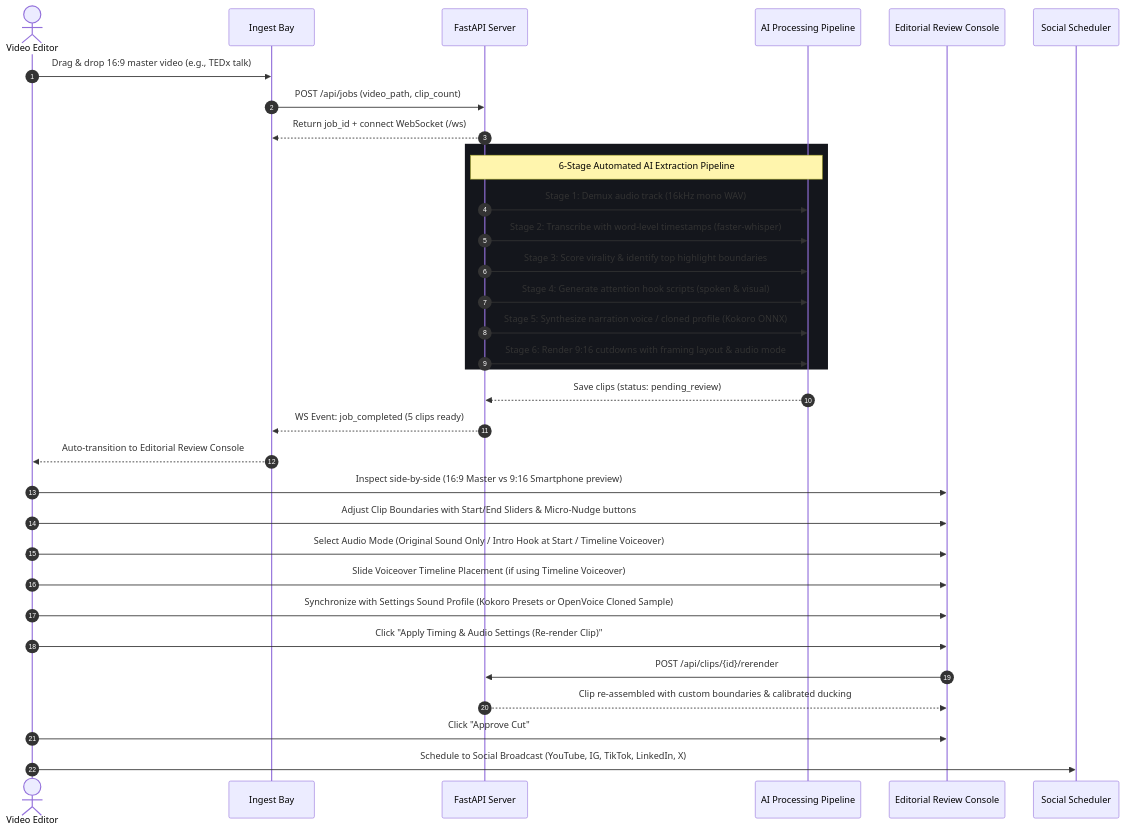
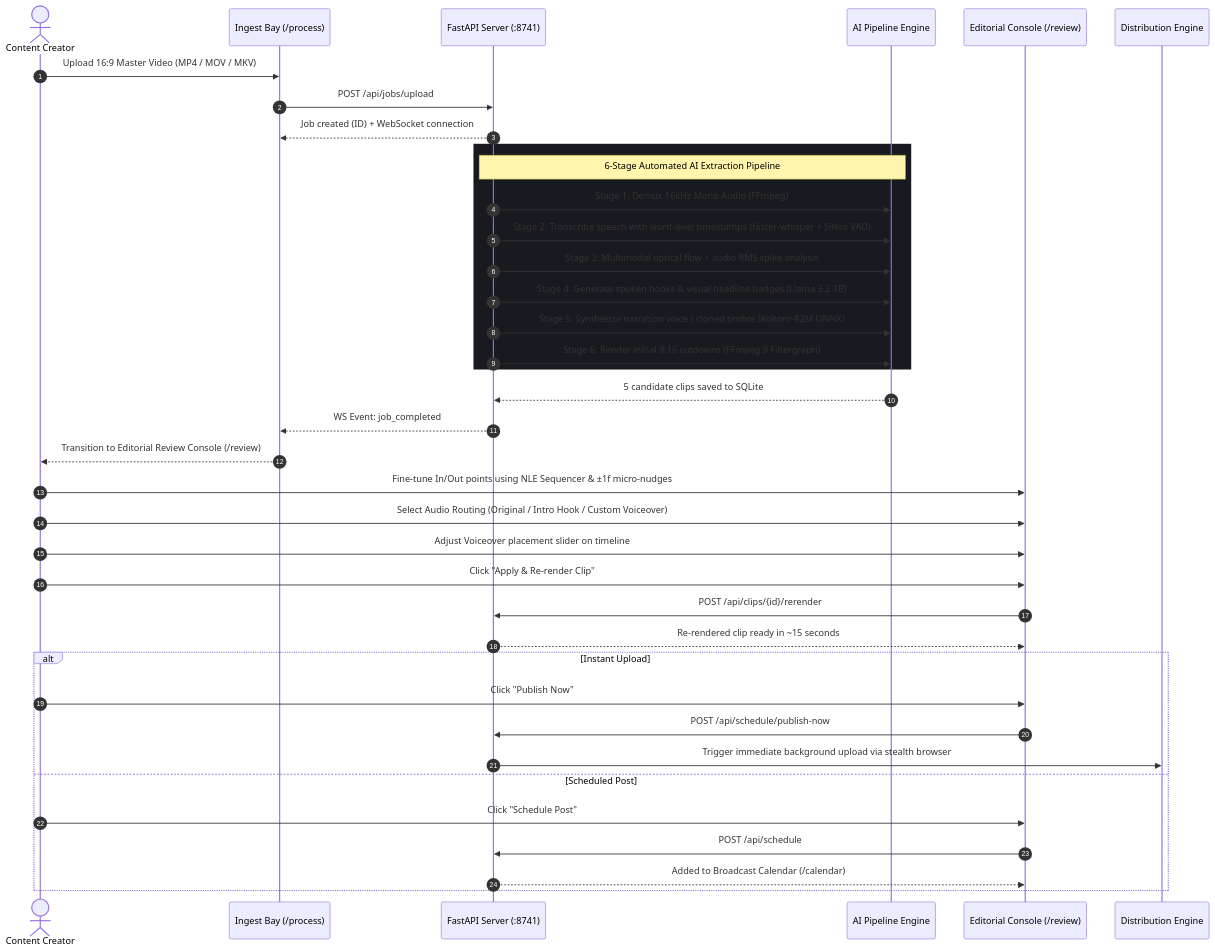
Before and after one commit to DivyamJoshi2005/Alfred: the second of 2 diagrams in README.md, drawn with Mermaid. The commit also changed other lines of this file and 1 other file, not shown here.

Commit message:
docs: comprehensive master update of project READMEs covering full architecture, models, NLE sequencer, publishing, and API

````diff
--- a/README.md
+++ b/README.md
@@ -178,40 +190,45 @@
 ```mermaid
 sequenceDiagram
     autonumber
-    actor User as Video Editor
-    participant Ingest as Ingest Bay
-    participant Backend as FastAPI Server
-    participant Pipeline as AI Processing Pipeline
-    participant Review as Editorial Review Console
-    participant Schedule as Social Scheduler
+    actor Creator as Content Creator
+    participant Ingest as Ingest Bay (/process)
+    participant Server as FastAPI Server (:8741)
+    participant Engine as AI Pipeline Engine
+    participant Deck as Editorial Console (/review)
+    participant Dist as Distribution Engine
 
-    User->>Ingest: Drag & drop 16:9 master video (e.g., TEDx talk)
-    Ingest->>Backend: POST /api/jobs (video_path, clip_count)
-    Backend-->>Ingest: Return job_id + connect WebSocket (/ws)
+    Creator->>Ingest: Upload 16:9 Master Video (MP4 / MOV / MKV)
+    Ingest->>Server: POST /api/jobs/upload
+    Server-->>Ingest: Job created (ID) + WebSocket connection
     
-    rect rgb(20, 22, 28)
-        note over Backend,Pipeline: 6-Stage Automated AI Extraction Pipeline
-        Backend->>Pipeline: Stage 1: Demux audio track (16kHz mono WAV)
-        Backend->>Pipeline: Stage 2: Transcribe with word-level timestamps (faster-whisper)
-        Backend->>Pipeline: Stage 3: Score virality & identify top highlight boundaries
-        Backend->>Pipeline: Stage 4: Generate attention hook scripts (spoken & visual)
-        Backend->>Pipeline: Stage 5: Synthesize narration voice / cloned profile (Kokoro ONNX)
-        Backend->>Pipeline: Stage 6: Render 9:16 cutdowns with framing layout & audio mode
+    rect rgb(24, 26, 32)
+        note over Server,Engine: 6-Stage Automated AI Extraction Pipeline
+        Server->>Engine: Stage 1: Demux 16kHz Mono Audio (FFmpeg)
+        Server->>Engine: Stage 2: Transcribe speech with word-level timestamps (faster-whisper + Silero VAD)
+        Server->>Engine: Stage 3: Multimodal optical flow + audio RMS spike analysis
+        Server->>Engine: Stage 4: Generate spoken hooks & visual headline badges (Llama 3.2 1B)
+        Server->>Engine: Stage 5: Synthesize narration voice / cloned timbre (Kokoro-82M ONNX)
+        Server->>Engine: Stage 6: Render initial 9:16 cutdowns (FFmpeg 9 Filtergraph)
     end
 
-    Pipeline-->>Backend: Save clips (status: pending_review)
-    Backend-->>Ingest: WS Event: job_completed (5 clips ready)
-    Ingest-->>User: Auto-transition to Editorial Review Console
+    Engine-->>Server: 5 candidate clips saved to SQLite
+    Server-->>Ingest: WS Event: job_completed
+    Ingest-->>Creator: Transition to Editorial Review Console (/review)
 
-    User->>Review: Inspect side-by-side (16:9 Master vs 9:16 Smartphone preview)
-    User->>Review: Adjust Clip Boundaries with Start/End Sliders & Micro-Nudge buttons
-    User->>Review: Select Audio Mode (Original Sound Only / Intro Hook at Start / Timeline Voiceover)
-    User->>Review: Slide Voiceover Timeline Placement (if using Timeline Voiceover)
-    User->>Review: Synchronize with Settings Sound Profile (Kokoro Presets or OpenVoice Cloned Sample)
-    User->>Review: Click "Apply Timing & Audio Settings (Re-render Clip)"
-    Review->>Backend: POST /api/clips/{id}/rerender
-    Backend-->>Review: Clip re-assembled with custom boundaries & calibrated ducking
+    Creator->>Deck: Fine-tune In/Out points using NLE Sequencer & ±1f micro-nudges
+    Creator->>Deck: Select Audio Routing (Original / Intro Hook / Custom Voiceover)
+    Creator->>Deck: Adjust Voiceover placement slider on timeline
+    Creator->>Deck: Click "Apply & Re-render Clip"
+    Deck->>Server: POST /api/clips/{id}/rerender
+    Server-->>Deck: Re-rendered clip ready in ~15 seconds
 
-    User->>Review: Click "Approve Cut"
-    User->>Schedule: Schedule to Social Broadcast (YouTube, IG, TikTok, LinkedIn, X)
+    alt Instant Upload
+        Creator->>Deck: Click "Publish Now"
+        Deck->>Server: POST /api/schedule/publish-now
+        Server->>Dist: Trigger immediate background upload via stealth browser
+    else Scheduled Post
+        Creator->>Deck: Click "Schedule Post"
+        Deck->>Server: POST /api/schedule
+        Server-->>Deck: Added to Broadcast Calendar (/calendar)
+    end
 ```
````
